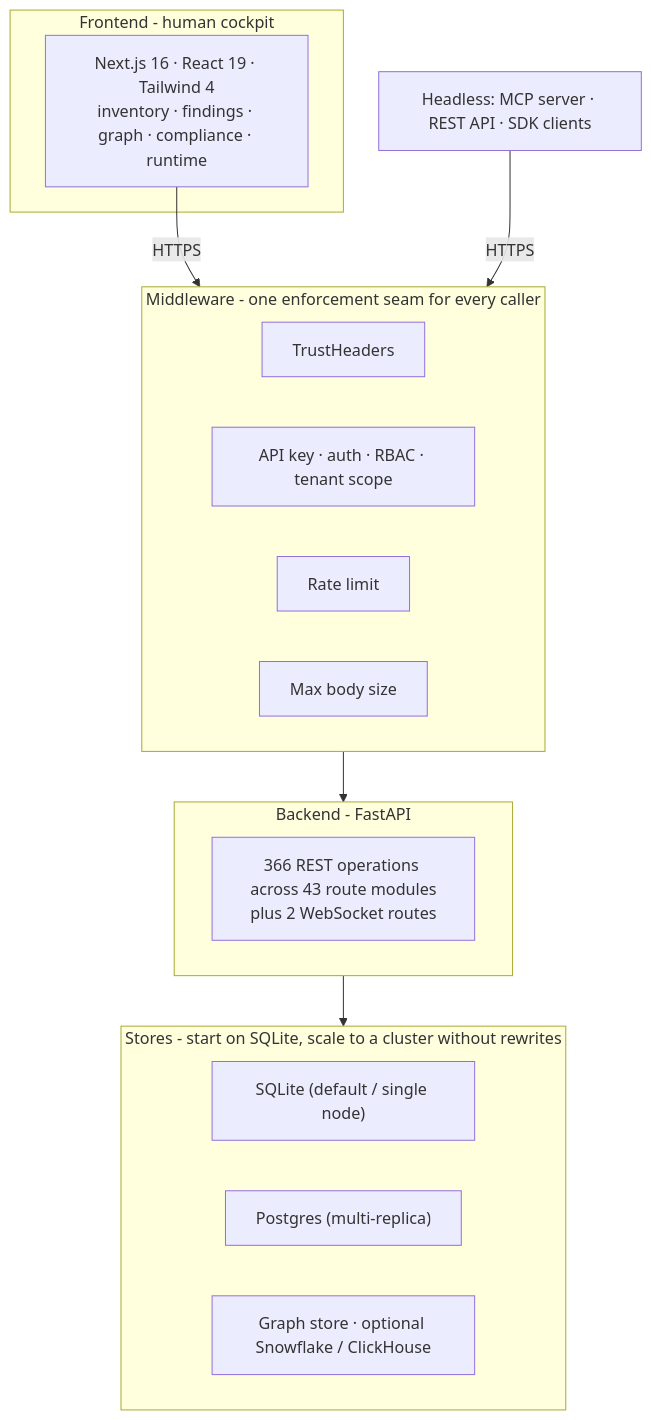
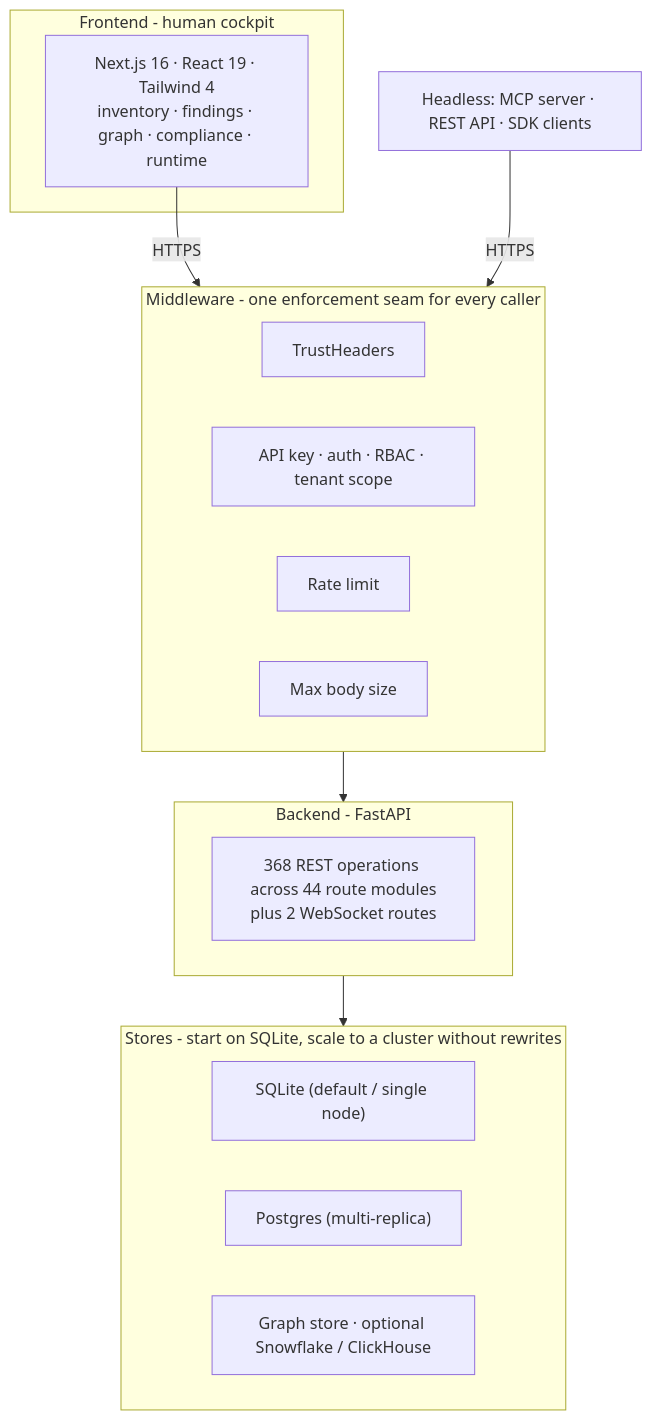
Before and after one commit to msaad00/agent-bom: the fourth of 9 diagrams in docs/ARCHITECTURE.md, drawn with Mermaid. The commit also changed 18 other files, not shown here.

````diff
--- a/docs/ARCHITECTURE.md
+++ b/docs/ARCHITECTURE.md
@@ -146,27 +146,27 @@
 ```mermaid
 flowchart TB
     subgraph FE["Frontend - human cockpit"]
         UI["Next.js 16 · React 19 · Tailwind 4\ninventory · findings · graph · compliance · runtime"]
     end
     subgraph MW["Middleware - one enforcement seam for every caller"]
         M1["TrustHeaders"]
         M2["API key · auth · RBAC · tenant scope"]
         M3["Rate limit"]
         M4["Max body size"]
     end
     subgraph BE["Backend - FastAPI"]
-        R["366 REST operations across 43 route modules
+        R["368 REST operations across 44 route modules
 plus 2 WebSocket routes"]
     end
     subgraph ST["Stores - start on SQLite, scale to a cluster without rewrites"]
         S1["SQLite (default / single node)"]
         S2["Postgres (multi-replica)"]
         S3["Graph store · optional Snowflake / ClickHouse"]
     end
 
     EXTAGENT["Headless: MCP server · REST API · SDK clients"]
 
     UI -->|HTTPS| MW
     EXTAGENT -->|HTTPS| MW
     MW --> BE --> ST
 ```
````
